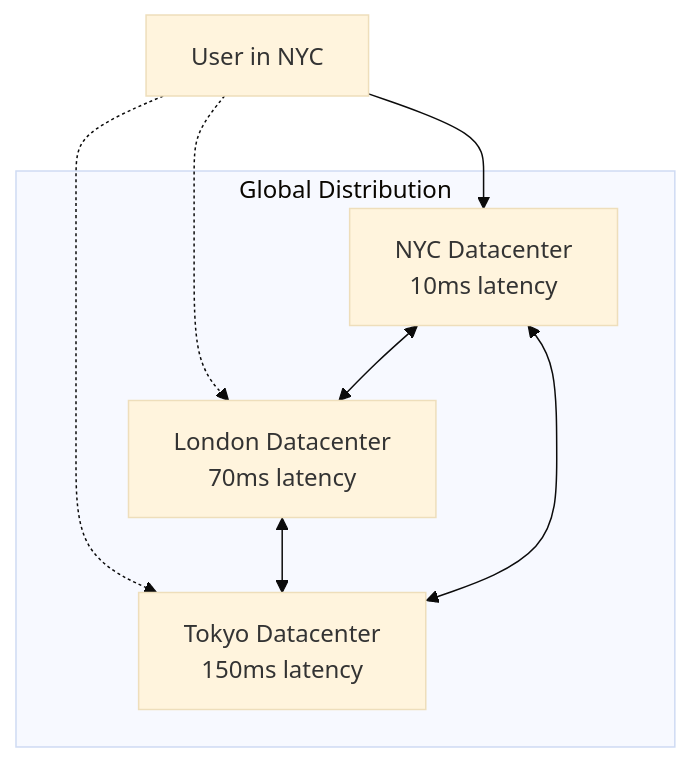
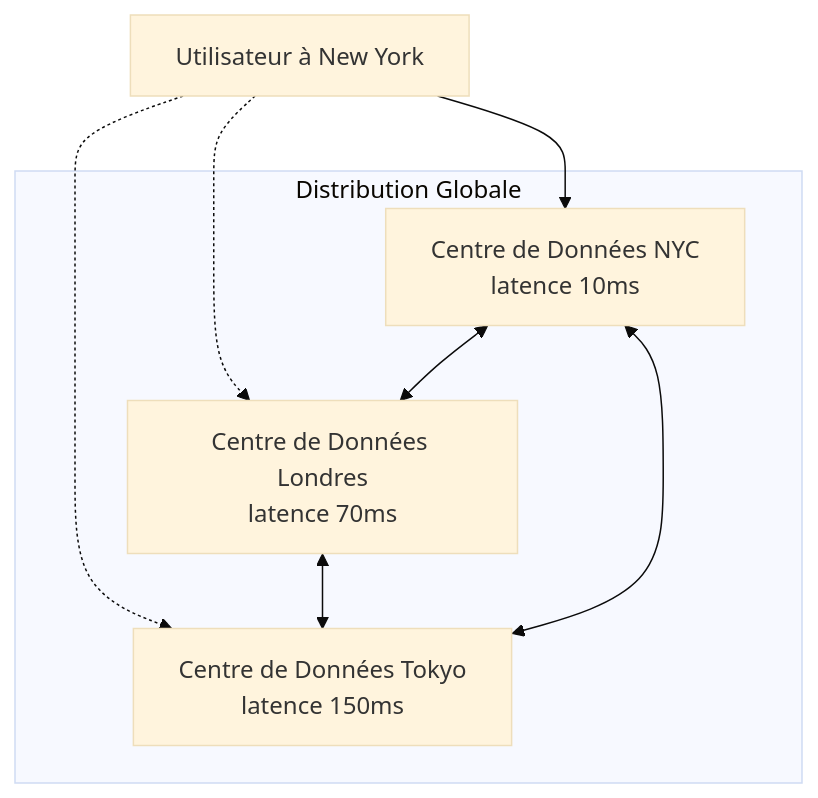
One commit to dardourimohamed/distributed-systems-course changed the seventh of 9 diagrams in src/fundamentals/01-what-is-ds.md. Above: the diagram before and after it, drawn with Mermaid (base theme). The commit also changed other lines of this file and 38 other files, not shown here.

````diff
--- a/src/fundamentals/01-what-is-ds.md
+++ b/src/fundamentals/01-what-is-ds.md
@@ -160,18 +160,18 @@
 ```mermaid
 graph TB
-    User[User in NYC]
+    User[Utilisateur à New York]
 
-    subgraph "Global Distribution"
-        NYC[NYC Datacenter<br/>10ms latency]
-        LON[London Datacenter<br/>70ms latency]
-        TKY[Tokyo Datacenter<br/>150ms latency]
+    subgraph "Distribution Globale"
+        NYC[Centre de Données NYC<br/>latence 10ms]
+        LON[Centre de Données Londres<br/>latence 70ms]
+        TKY[Centre de Données Tokyo<br/>latence 150ms]
     end
 
     User --> NYC
     User -.-> LON
     User -.-> TKY
 
     NYC <--> LON
     LON <--> TKY
     TKY <--> NYC
 ```
````
